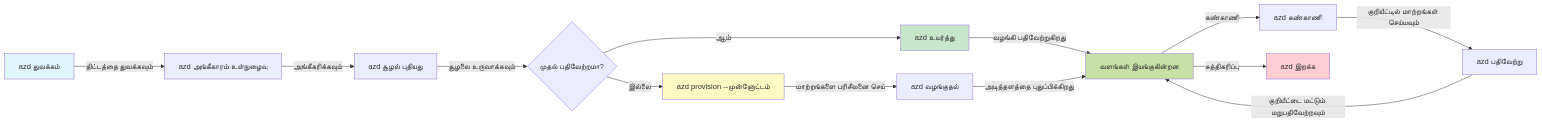
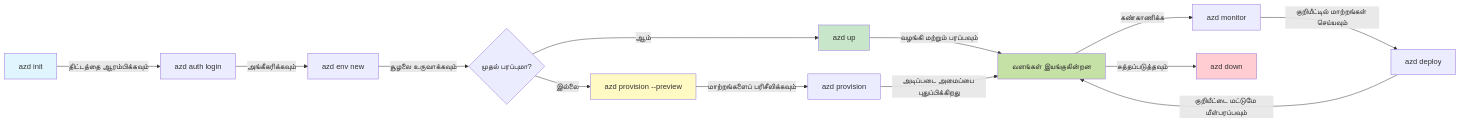
The first of 2 diagrams in translations/ta/docs/chapter-01-foundation/azd-basics.md (microsoft/AZD-for-beginners), drawn with Mermaid before and after one commit. The commit also changed other lines of this file and 101 other files, not shown here.

````diff
--- a/translations/ta/docs/chapter-01-foundation/azd-basics.md
+++ b/translations/ta/docs/chapter-01-foundation/azd-basics.md
@@ -269,21 +269,21 @@
 ```mermaid
 graph LR
-    A[azd துவக்கம்] -->|திட்டத்தை துவக்கவும்| B[azd அங்கீகாரம் உள்நுழைவு]
-    B -->|அங்கீகரிக்கவும்| C[azd சூழல் புதியது]
-    C -->|சூழலை உருவாக்கவும்| D{முதல் பதிவேற்றமா?}
-    D -->|ஆம்| E[azd உயர்த்து]
-    D -->|இல்லை| F[azd provision --முன்னோட்டம்]
-    F -->|மாற்றங்களை பரிசீலனை செய்| G[azd வழங்குதல்]
-    E -->|வழங்கி பதிவேற்றுகிறது| H[வளங்கள் இயங்குகின்றன]
-    G -->|அடித்தளத்தை புதுப்பிக்கிறது| H
-    H -->|கண்காணி| I[azd கண்காணி]
-    I -->|குறியீட்டில் மாற்றங்கள் செய்யவும்| J[azd பதிவேற்று]
-    J -->|குறியீட்டை மட்டும் மறுபதிவேற்றவும்| H
-    H -->|சுத்திகரிப்பு| K[azd இறக்க]
+    A[azd init] -->|திட்டத்தை ஆரம்பிக்கவும்| B[azd auth login]
+    B -->|அங்கீகரிக்கவும்| C[azd env new]
+    C -->|சூழலை உருவாக்கவும்| D{முதல் பரப்புமா?}
+    D -->|ஆம்| E[azd up]
+    D -->|இல்லை| F[azd provision --preview]
+    F -->|மாற்றங்களைப் பரிசீலிக்கவும்| G[azd provision]
+    E -->|வழங்கி மற்றும் பரப்பவும்| H[வளங்கள் இயங்குகின்றன]
+    G -->|அடிப்படை அமைப்பை புதுப்பிக்கிறது| H
+    H -->|கண்காணிக்க| I[azd monitor]
+    I -->|குறியீட்டில் மாற்றங்கள் செய்யவும்| J[azd deploy]
+    J -->|குறியீட்டை மட்டுமே மீள்பரப்பவும்| H
+    H -->|சுத்தப்படுத்தவும்| K[azd down]
     
     style A fill:#e1f5fe
     style E fill:#c8e6c9
     style F fill:#fff9c4
     style H fill:#c5e1a5
     style K fill:#ffcdd2
 ```
````
